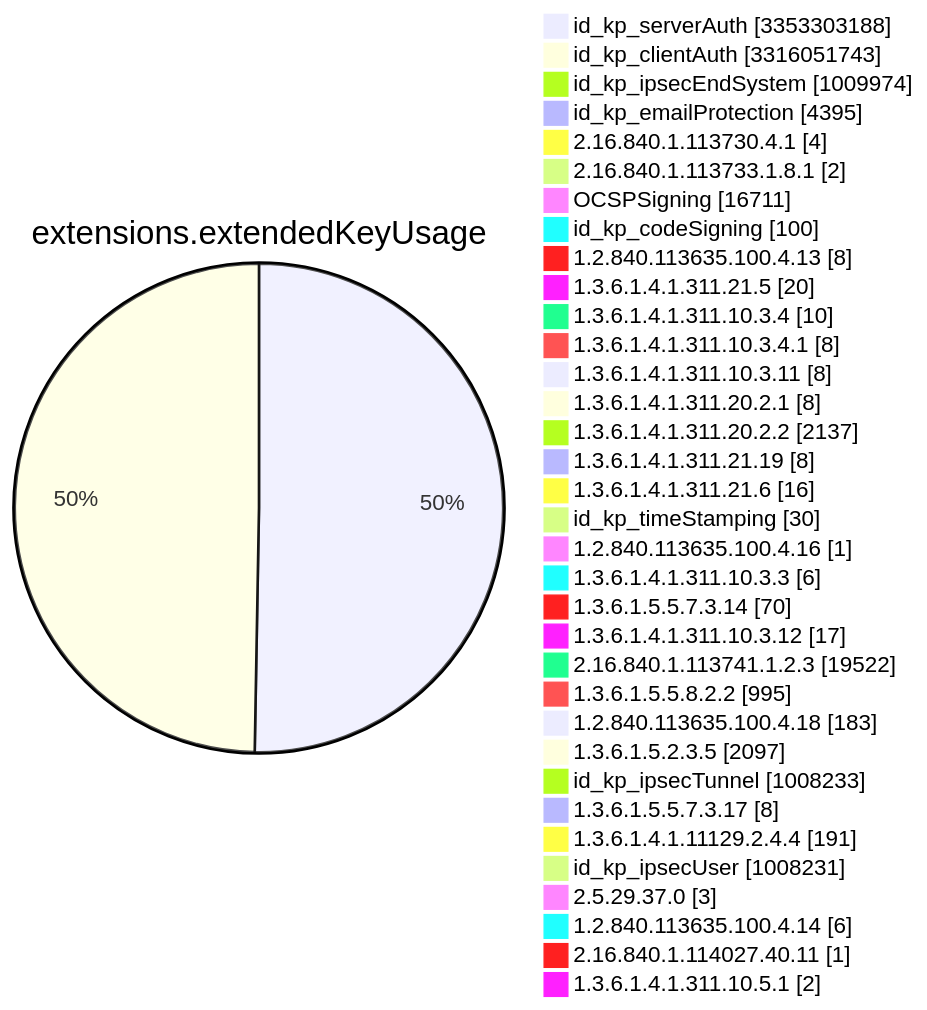
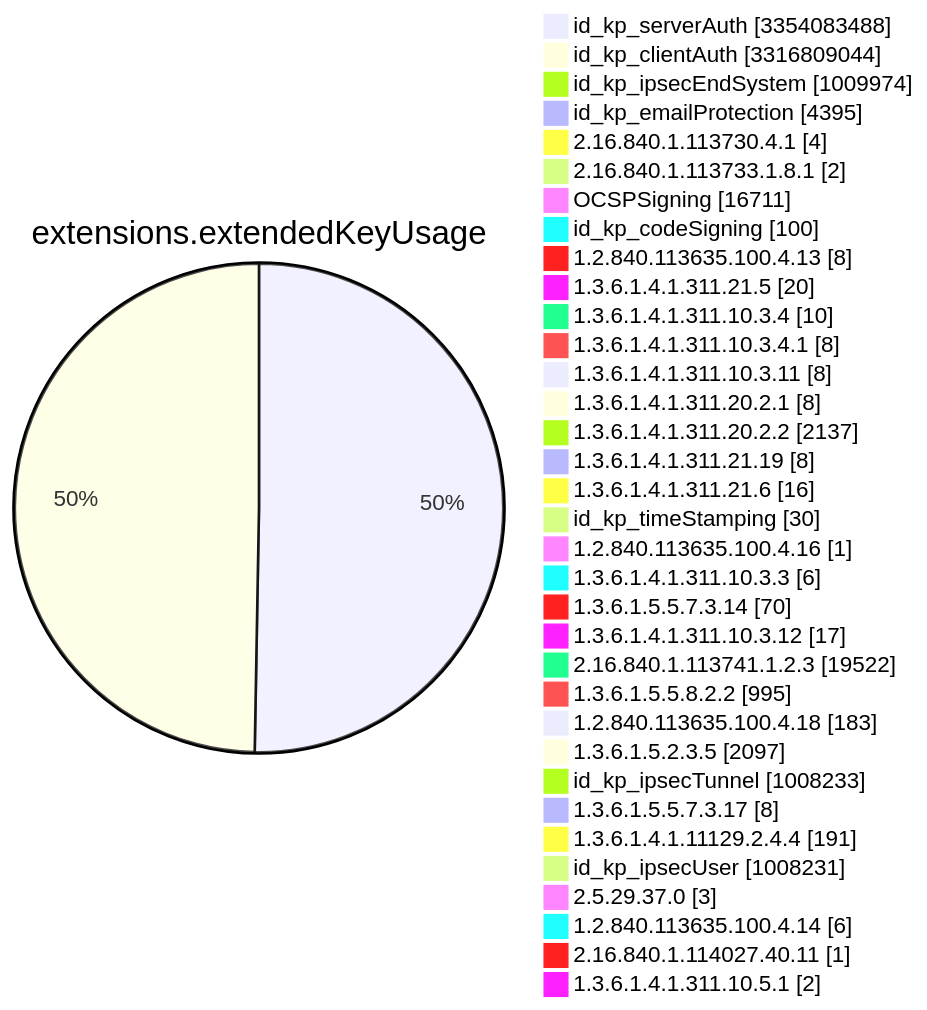
Before and after one commit to christiankrug/ctmonitor_visualization: diagram 11 of 15 in TOTAL/README.md, drawn with Mermaid. The commit also changed other lines of this file, not shown here.

````diff
--- a/TOTAL/README.md
+++ b/TOTAL/README.md
@@ -4120,38 +4120,38 @@
 ```mermaid
 pie showData
 title extensions.extendedKeyUsage
-"id_kp_serverAuth" :3353303188
-"id_kp_clientAuth" :3316051743
+"id_kp_serverAuth" :3354083488
+"id_kp_clientAuth" :3316809044
 "id_kp_ipsecEndSystem" :1009974
 "id_kp_emailProtection" :4395
 "2.16.840.1.113730.4.1" :4
 "2.16.840.1.113733.1.8.1" :2
 "OCSPSigning" :16711
 "id_kp_codeSigning" :100
 "1.2.840.113635.100.4.13" :8
 "1.3.6.1.4.1.311.21.5" :20
 "1.3.6.1.4.1.311.10.3.4" :10
 "1.3.6.1.4.1.311.10.3.4.1" :8
 "1.3.6.1.4.1.311.10.3.11" :8
 "1.3.6.1.4.1.311.20.2.1" :8
 "1.3.6.1.4.1.311.20.2.2" :2137
 "1.3.6.1.4.1.311.21.19" :8
 "1.3.6.1.4.1.311.21.6" :16
 "id_kp_timeStamping" :30
 "1.2.840.113635.100.4.16" :1
 "1.3.6.1.4.1.311.10.3.3" :6
 "1.3.6.1.5.5.7.3.14" :70
 "1.3.6.1.4.1.311.10.3.12" :17
 "2.16.840.1.113741.1.2.3" :19522
 "1.3.6.1.5.5.8.2.2" :995
 "1.2.840.113635.100.4.18" :183
 "1.3.6.1.5.2.3.5" :2097
 "id_kp_ipsecTunnel" :1008233
 "1.3.6.1.5.5.7.3.17" :8
 "1.3.6.1.4.1.11129.2.4.4" :191
 "id_kp_ipsecUser" :1008231
 "2.5.29.37.0" :3
 "1.2.840.113635.100.4.14" :6
 "2.16.840.1.114027.40.11" :1
 "1.3.6.1.4.1.311.10.5.1" :2
 ```
````
